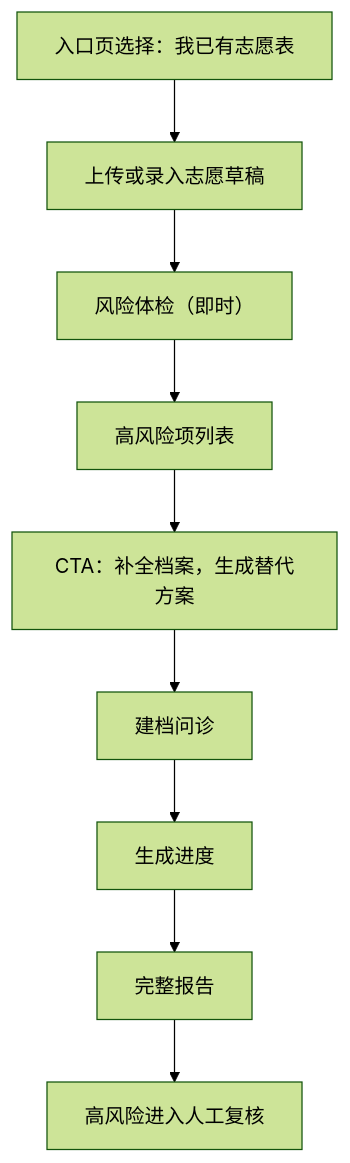
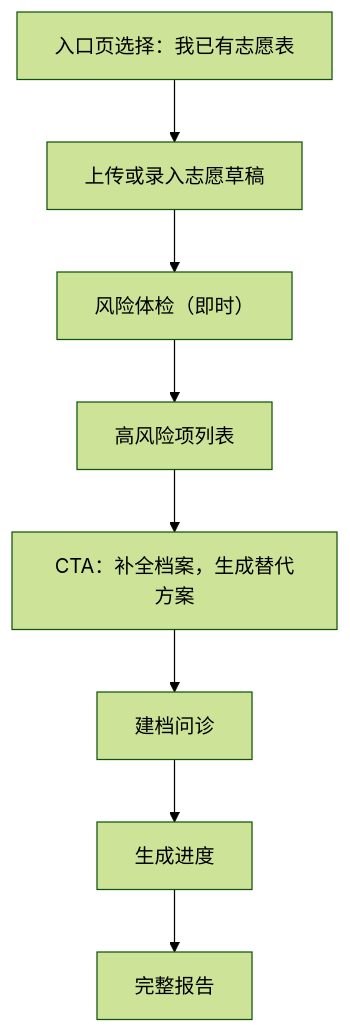
Before and after one commit to debugzhao/jin-guide: the third of 5 diagrams in docs/frontend-prd.md, drawn with Mermaid (forest theme). The commit also changed other lines of this file and 2 other files, not shown here.

````diff
--- a/docs/frontend-prd.md
+++ b/docs/frontend-prd.md
@@ -235,11 +242,10 @@
 ```mermaid
 flowchart TD
   A["入口页选择：我已有志愿表"] --> B["上传或录入志愿草稿"]
   B --> C["风险体检（即时）"]
   C --> D["高风险项列表"]
   D --> E["CTA：补全档案，生成替代方案"]
   E --> F["建档问诊"]
   F --> G["生成进度"]
   G --> H["完整报告"]
-  H --> I["高风险进入人工复核"]
 ```
````
